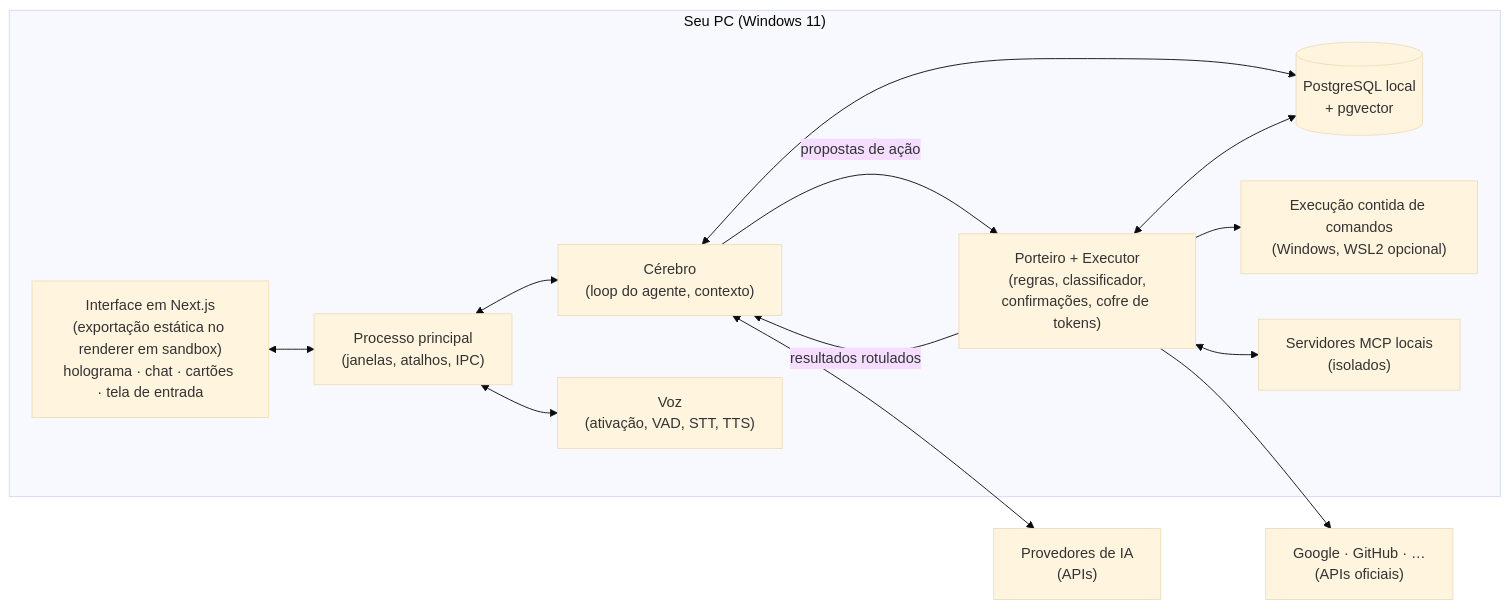
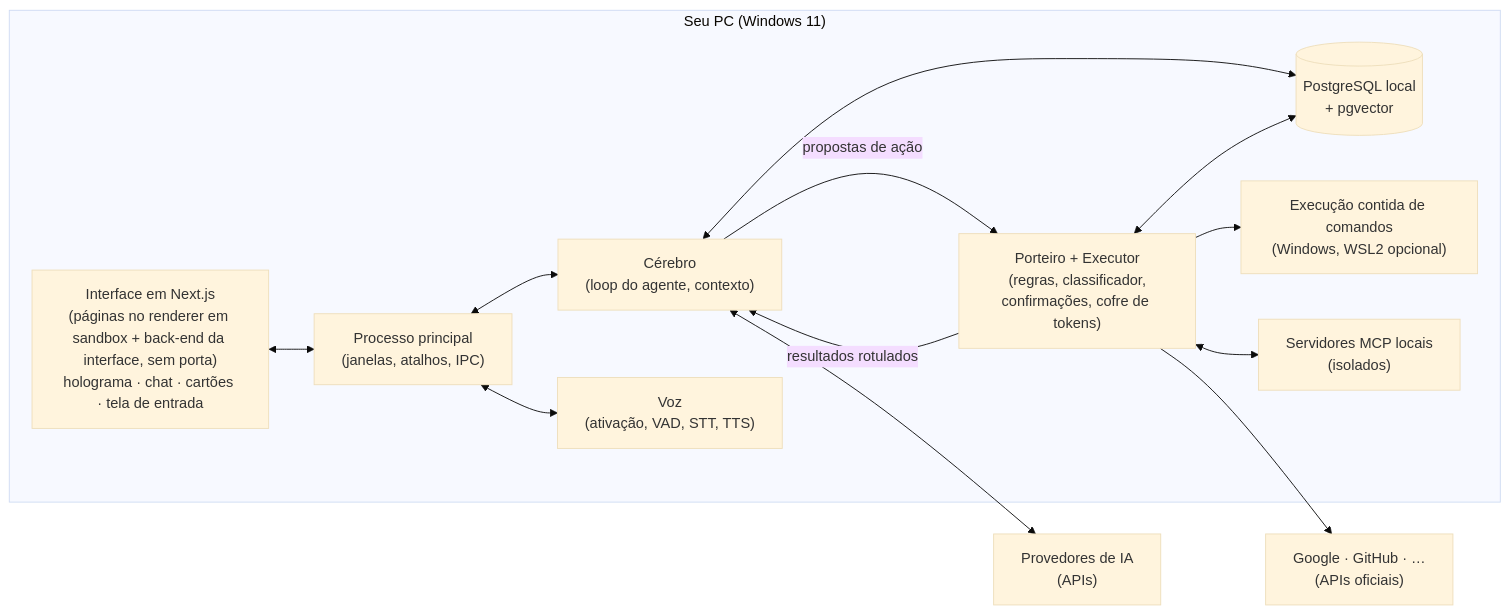
The diagram in docs/02-arquitetura.md (mateussfernando/jesus-ia), drawn with Mermaid (base theme) before and after one commit. The commit also changed other lines of this file and 43 other files, not shown here.

First line of the commit message:
feat(ui)!: liga o servidor do Next.js com rotas e Server Actions como back-end

````diff
--- a/docs/02-arquitetura.md
+++ b/docs/02-arquitetura.md
@@ -30,27 +30,27 @@
 ```mermaid
 flowchart LR
   subgraph PC["Seu PC (Windows 11)"]
-    UI["Interface em Next.js<br/>(exportação estática no renderer em sandbox)<br/>holograma · chat · cartões · tela de entrada"]
+    UI["Interface em Next.js<br/>(páginas no renderer em sandbox + back-end da interface, sem porta)<br/>holograma · chat · cartões · tela de entrada"]
     MAIN["Processo principal<br/>(janelas, atalhos, IPC)"]
     BRAIN["Cérebro<br/>(loop do agente, contexto)"]
     GATE["Porteiro + Executor<br/>(regras, classificador,<br/>confirmações, cofre de tokens)"]
     VOICE["Voz<br/>(ativação, VAD, STT, TTS)"]
     DB[("PostgreSQL local<br/>+ pgvector")]
     SBX["Execução contida de comandos<br/>(Windows, WSL2 opcional)"]
     MCPL["Servidores MCP locais<br/>(isolados)"]
   end
   LLM["Provedores de IA<br/>(APIs)"]
   APIS["Google · GitHub · …<br/>(APIs oficiais)"]
 
   UI <--> MAIN
   MAIN <--> BRAIN
   MAIN <--> VOICE
   BRAIN -- "propostas de ação" --> GATE
   GATE -- "resultados rotulados" --> BRAIN
   BRAIN <--> LLM
   GATE --> SBX
   GATE --> APIS
   GATE <--> MCPL
   BRAIN <--> DB
   GATE <--> DB
 ```
````
